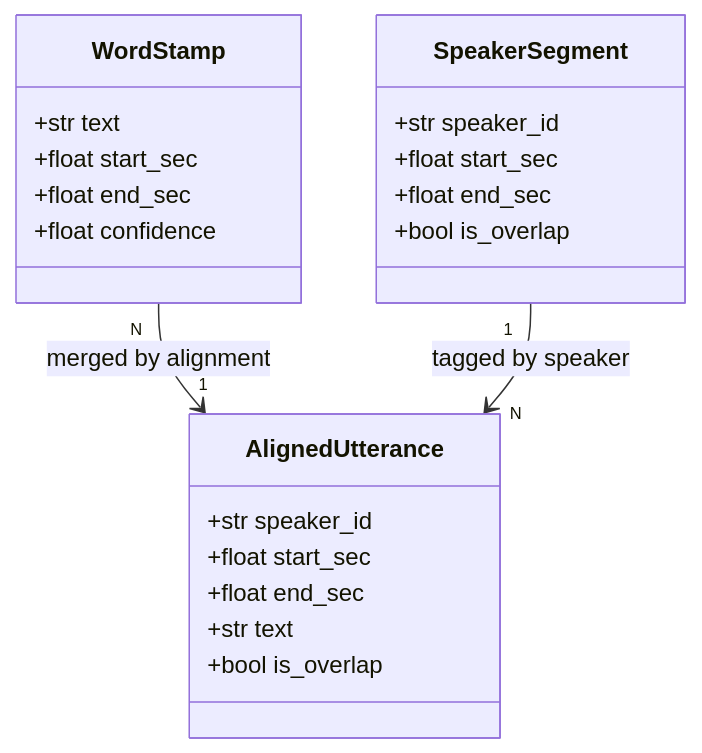
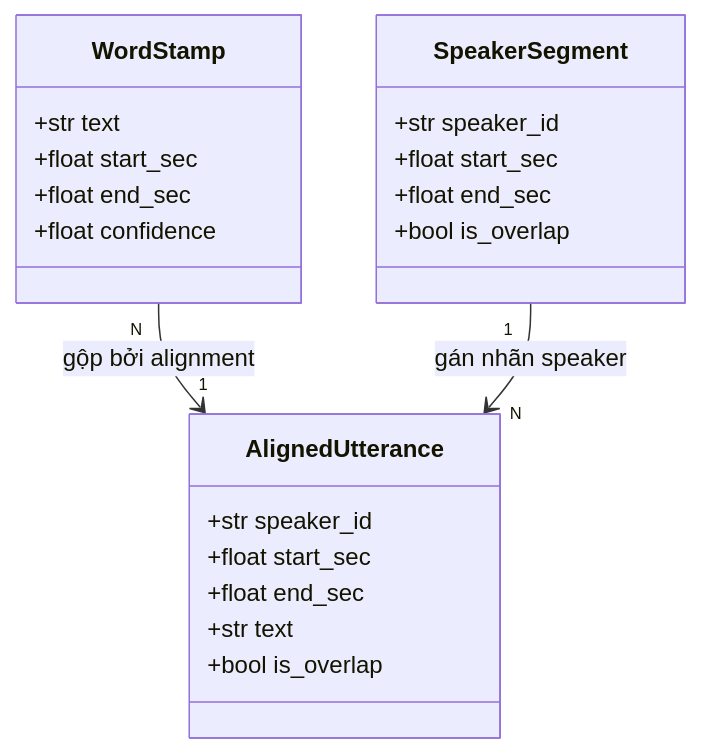
One commit to dangthemen10/speech-to-text-sample changed the third of 3 diagrams in docs/ARCHITECTURE.md. Above: the diagram before and after it, drawn with Mermaid. The commit also changed other lines of this file and 1 other file, not shown here.

````diff
--- a/docs/ARCHITECTURE.md
+++ b/docs/ARCHITECTURE.md
@@ -164,27 +164,27 @@
 ```mermaid
 classDiagram
     class WordStamp {
         +str text
         +float start_sec
         +float end_sec
         +float confidence
     }
 
     class SpeakerSegment {
         +str speaker_id
         +float start_sec
         +float end_sec
         +bool is_overlap
     }
 
     class AlignedUtterance {
         +str speaker_id
         +float start_sec
         +float end_sec
         +str text
         +bool is_overlap
     }
 
-    WordStamp      "N" --> "1" AlignedUtterance : merged by alignment
-    SpeakerSegment "1" --> "N" AlignedUtterance : tagged by speaker
+    WordStamp      "N" --> "1" AlignedUtterance : gộp bởi alignment
+    SpeakerSegment "1" --> "N" AlignedUtterance : gán nhãn speaker
 ```
````
